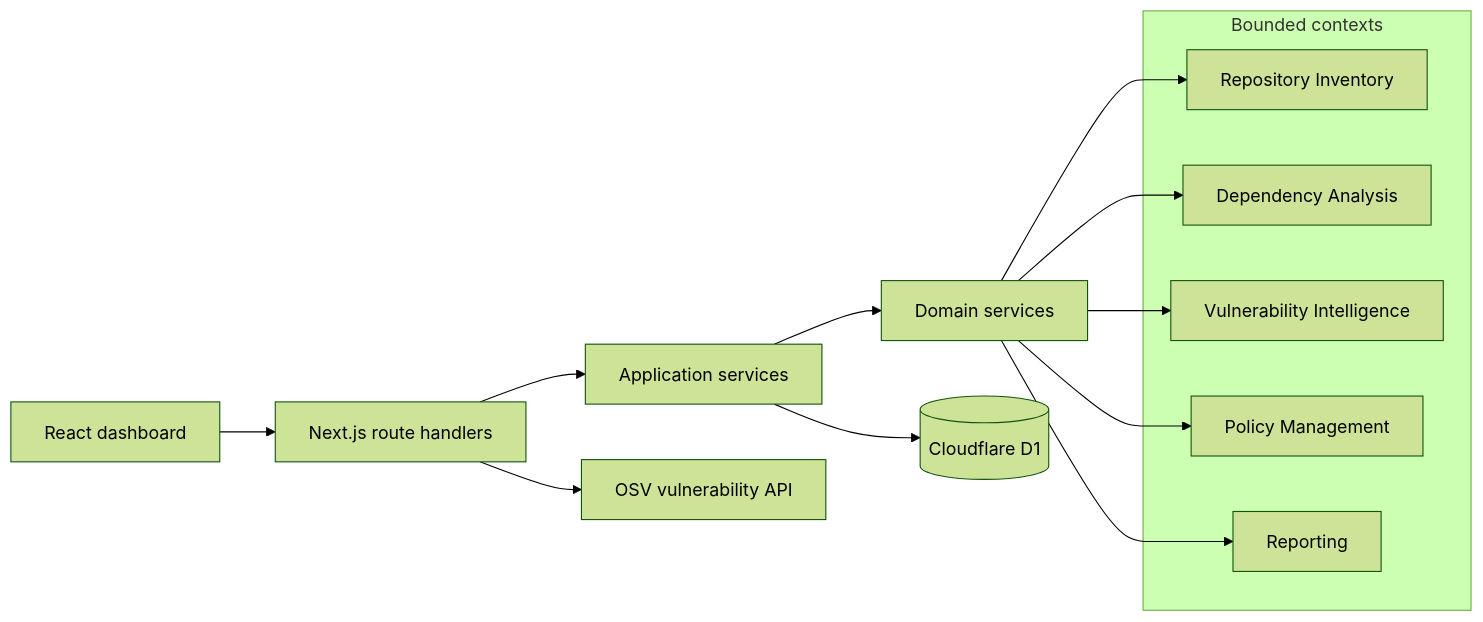
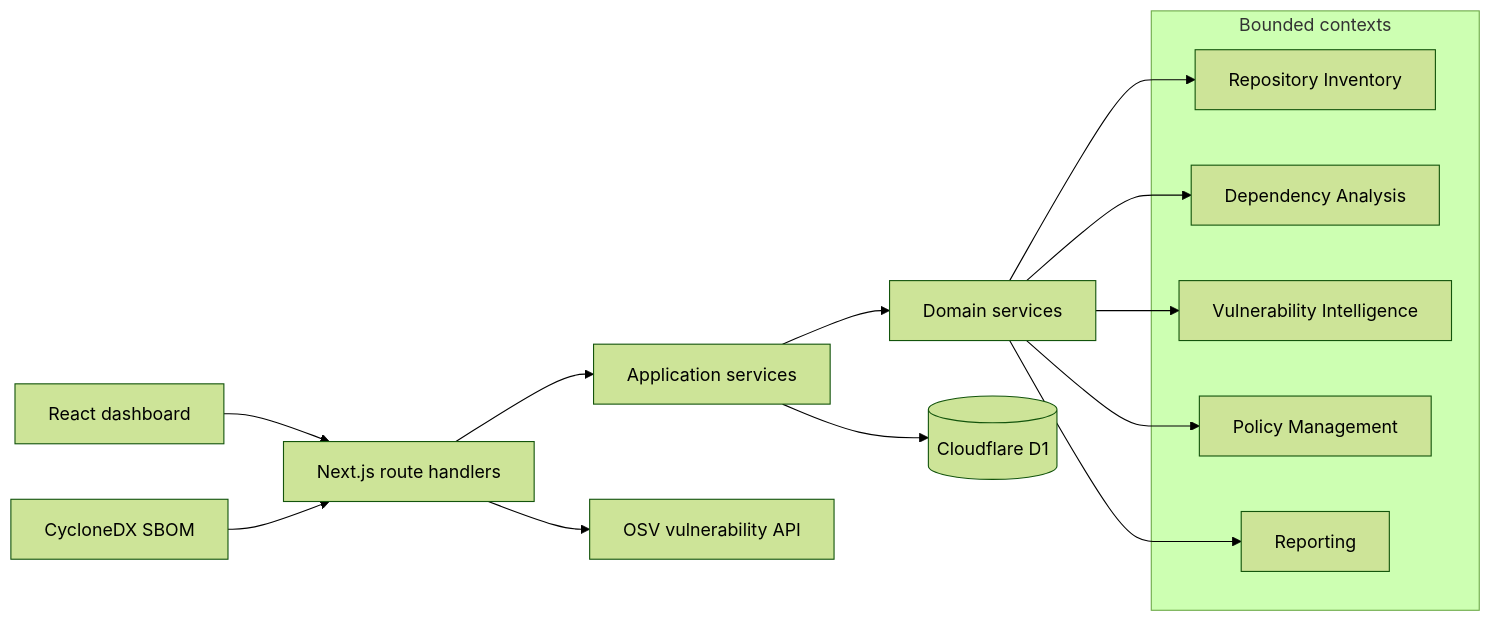
The diagram in README.md (IT25101414/Own-SE-), drawn with Mermaid (forest theme) before and after one commit. The commit also changed other lines of this file and 4 other files, not shown here.

Commit message:
docs: explain SBOM architecture and launch story

````diff
--- a/README.md
+++ b/README.md
@@ -31,22 +34,23 @@
 ```mermaid
 flowchart LR
   UI[React dashboard] --> API[Next.js route handlers]
   API --> APP[Application services]
   APP --> DOMAIN[Domain services]
   APP --> DB[(Cloudflare D1)]
   API --> OSV[OSV vulnerability API]
+  SBOM[CycloneDX SBOM] --> API
 
   subgraph Bounded contexts
     RI[Repository Inventory]
     DA[Dependency Analysis]
     VI[Vulnerability Intelligence]
     PM[Policy Management]
     RP[Reporting]
   end
 
   DOMAIN --> RI
   DOMAIN --> DA
   DOMAIN --> VI
   DOMAIN --> PM
   DOMAIN --> RP
 ```
````
